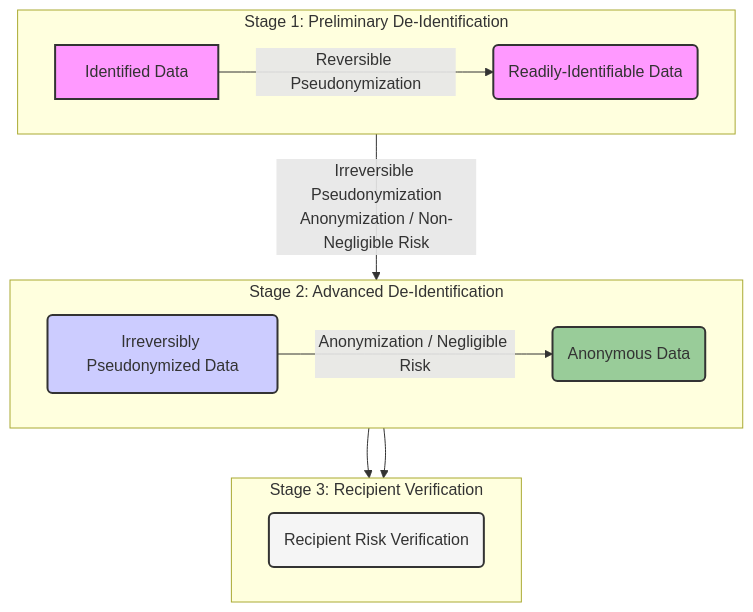
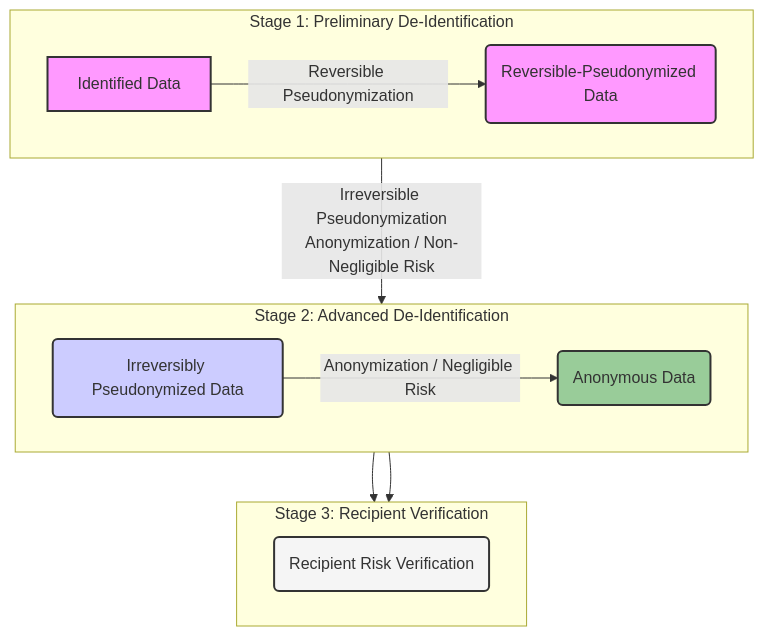
Before and after one commit to IHE/ITI.DeIdHandbook: the diagram in input/pagecontent/process.md, drawn with Mermaid. The commit also changed other lines of this file, not shown here.

````diff
--- a/input/pagecontent/process.md
+++ b/input/pagecontent/process.md
@@ -275,26 +275,26 @@
 ```mermaid
 graph TD
     subgraph "Stage 1: Preliminary De-Identification"
         direction LR
-        A[Identified Data] -->|Reversible Pseudonymization| B(Readily-Identifiable Data);
+        A[Identified Data] -->|Reversible Pseudonymization| B(Reversible-Pseudonymized Data);
     end
 
     subgraph "Stage 2: Advanced De-Identification"
         direction LR
         B -->|Irreversible Pseudonymization<br/>Anonymization / Non-Negligible Risk| C(Irreversibly Pseudonymized Data);
         C -->|Anonymization / Negligible Risk| D(Anonymous Data);
     end
     
     subgraph "Stage 3: Recipient Verification"
         direction LR
         D --> E(Recipient Risk Verification);
         C --> E;
     end
 
     style A fill:#f9f,stroke:#333,stroke-width:2px
     style B fill:#f9f,stroke:#333,stroke-width:2px
     style C fill:#ccf,stroke:#333,stroke-width:2px
     style D fill:#9c9,stroke:#333,stroke-width:2px
     style E fill:#f5f5f5,stroke:#333,stroke-width:2px
 
 ```
````
